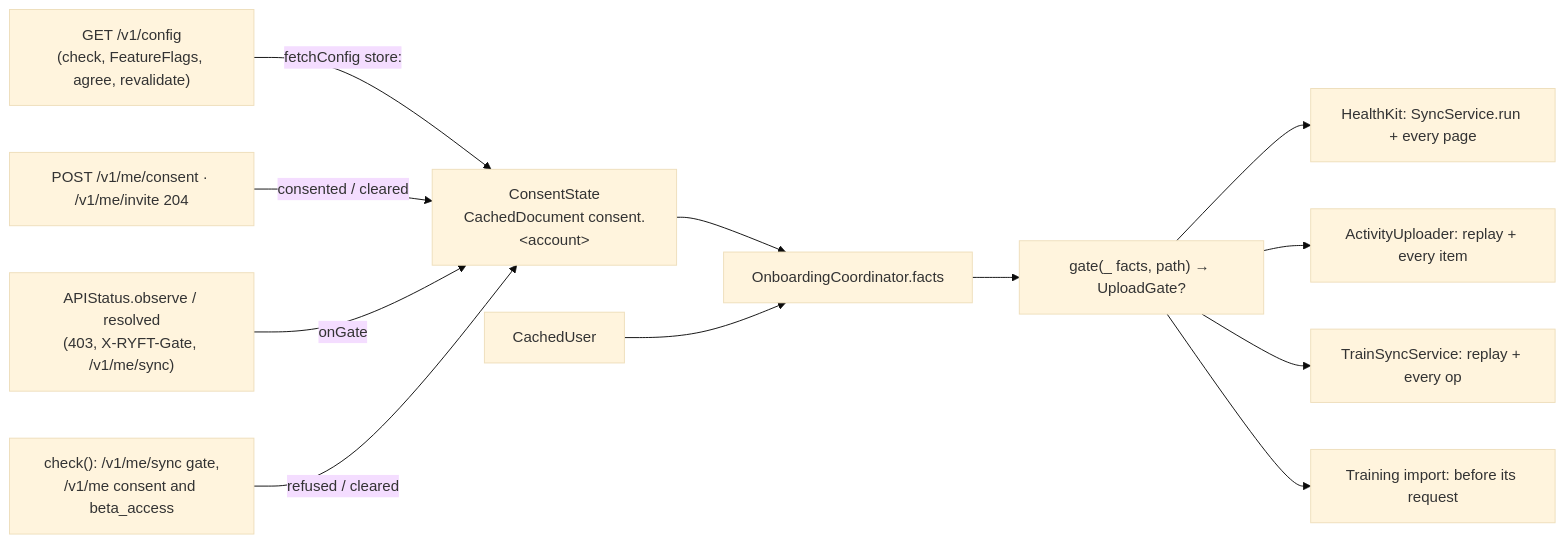
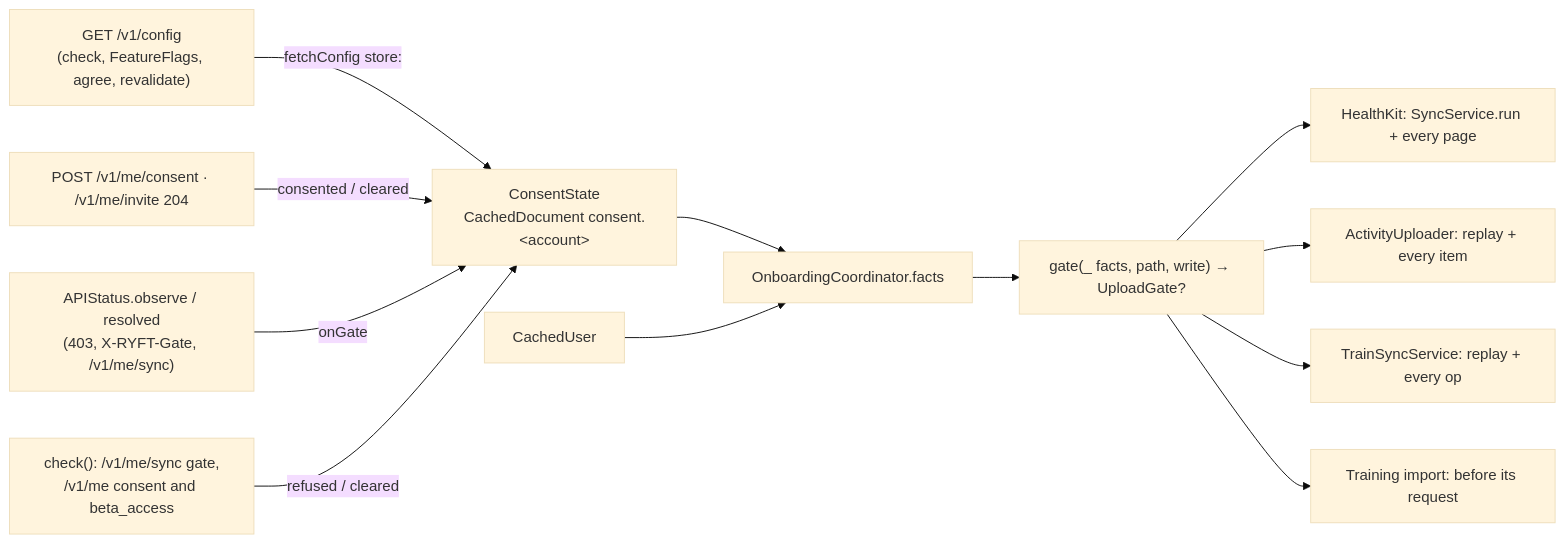
One commit to timkrebs/ryft-app changed the diagram in docs/work/2026-10-26-consent-gates/design.md. Above: the diagram before and after it, drawn with Mermaid (base theme). The commit also changed other lines of this file and 1 other file, not shown here.

````diff
--- a/docs/work/2026-10-26-consent-gates/design.md
+++ b/docs/work/2026-10-26-consent-gates/design.md
@@ -57,14 +59,14 @@
 ```mermaid
 flowchart LR
   cfg["GET /v1/config<br/>(check, FeatureFlags, agree, revalidate)"] -->|"fetchConfig store:"| CS
   ok["POST /v1/me/consent · /v1/me/invite 204"] -->|"consented / cleared"| CS
   st["APIStatus.observe / resolved<br/>(403, X-RYFT-Gate, /v1/me/sync)"] -->|onGate| CS
   chk["check(): /v1/me/sync gate,<br/>/v1/me consent and beta_access"] -->|"refused / cleared"| CS
   CS["ConsentState<br/>CachedDocument consent.&lt;account&gt;"] --> F["OnboardingCoordinator.facts"]
   U["CachedUser"] --> F
-  F --> G["gate(_ facts, path) → UploadGate?"]
+  F --> G["gate(_ facts, path, write) → UploadGate?"]
   G --> SS["HealthKit: SyncService.run + every page"]
   G --> AU["ActivityUploader: replay + every item"]
   G --> TS["TrainSyncService: replay + every op"]
   G --> TI["Training import: before its request"]
 ```
````
